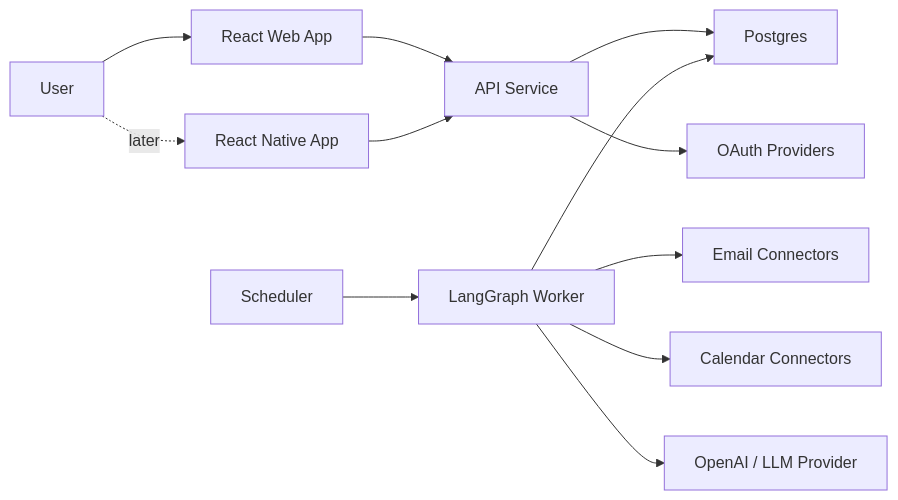
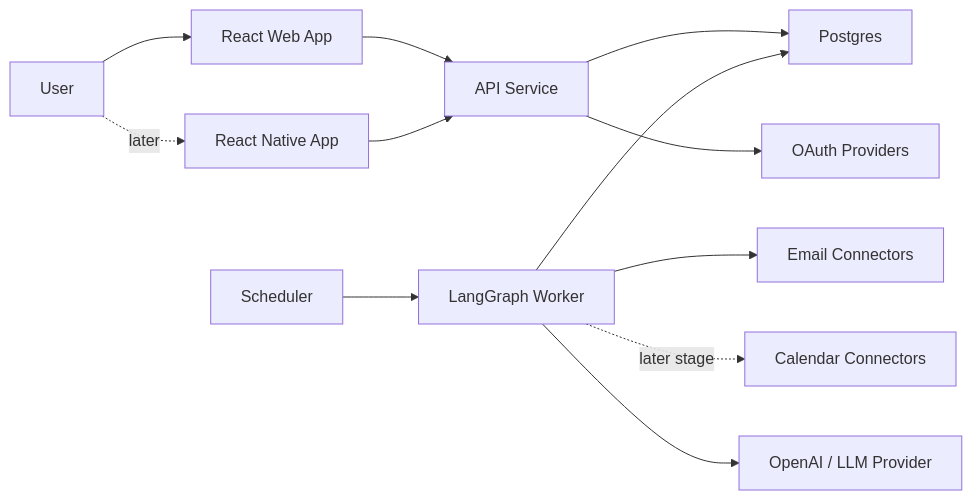
The diagram in docs/architecture.md (kid-scheduler/school-email-assistant), drawn with Mermaid before and after one commit. The commit also changed other lines of this file and 20 other files, not shown here.

````diff
--- a/docs/architecture.md
+++ b/docs/architecture.md
@@ -186,14 +186,14 @@
 ```mermaid
 flowchart LR
   User["User"] --> Web["React Web App"]
   User -. "later" .-> Mobile["React Native App"]
   Web --> API["API Service"]
   Mobile --> API
   API --> DB["Postgres"]
   API --> OAuth["OAuth Providers"]
   Scheduler["Scheduler"] --> Graph["LangGraph Worker"]
   Graph --> DB
   Graph --> Email["Email Connectors"]
-  Graph --> Calendar["Calendar Connectors"]
+  Graph -. "later stage" .-> Calendar["Calendar Connectors"]
   Graph --> Model["OpenAI / LLM Provider"]
 ```
````
